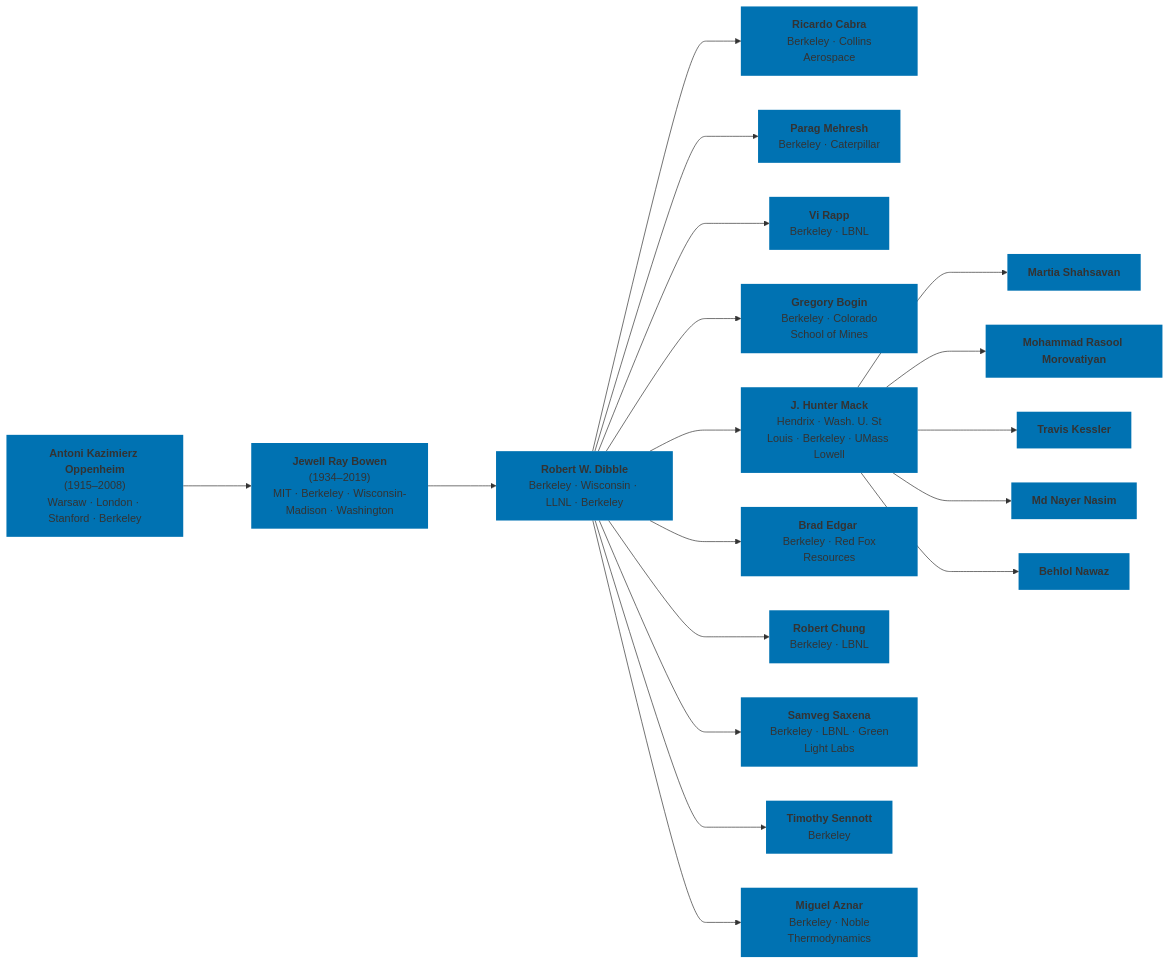
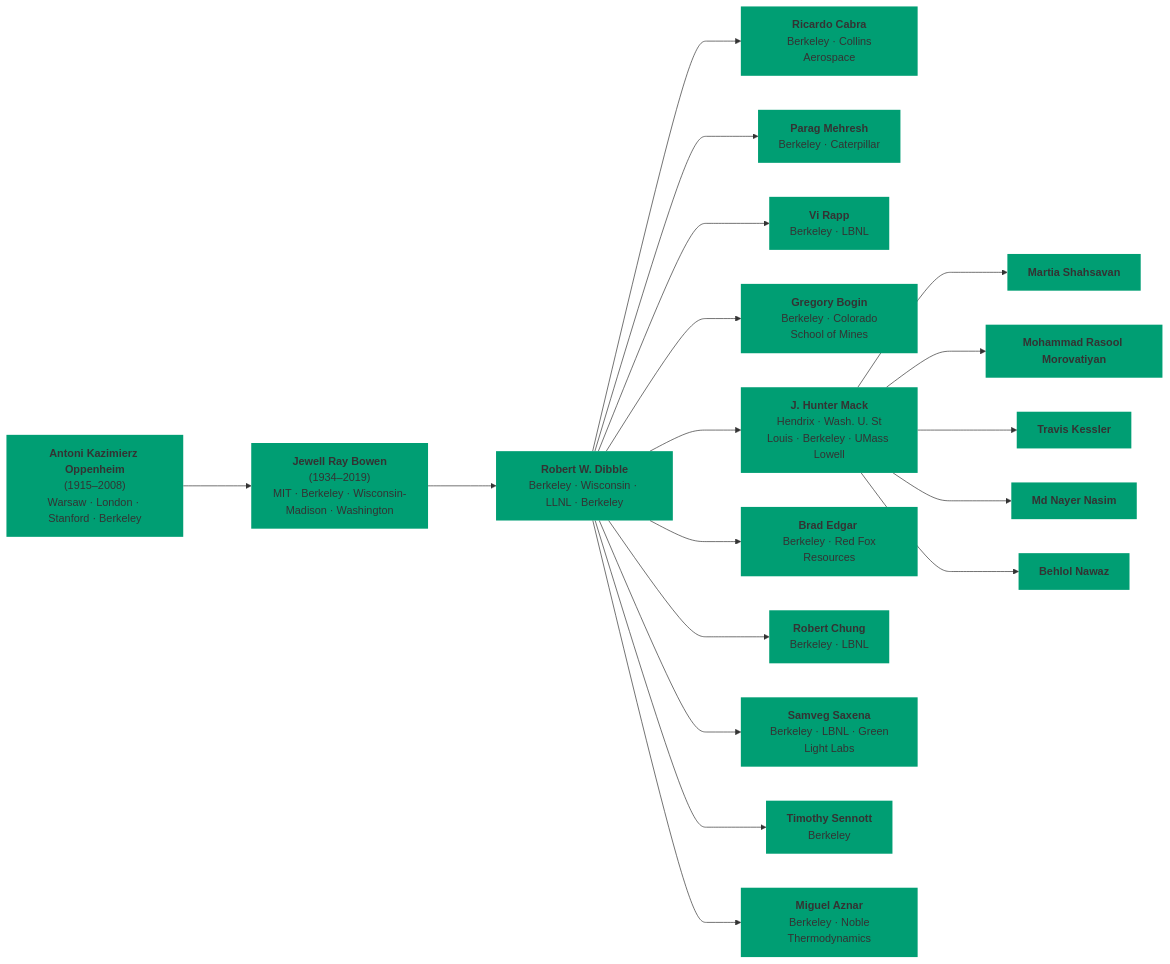
One commit to bnawaz95/ECRL-acad-tree changed the diagram in acad_tree.md. Above: the diagram before and after it, drawn with Mermaid.

````diff
--- a/acad_tree.md
+++ b/acad_tree.md
@@ -1,48 +1,48 @@
 ```mermaid
 graph LR
     A["<b>Antoni Kazimierz Oppenheim</b><br/>(1915–2008)<br/>Warsaw · London · Stanford · Berkeley"]
 
     B["<b>Jewell Ray Bowen</b><br/>(1934–2019)<br/>MIT · Berkeley · Wisconsin-Madison · Washington"]
 
     C["<b>Robert W. Dibble</b><br/>Berkeley · Wisconsin · LLNL · Berkeley"]
 
     D1["<b>Ricardo Cabra</b><br/> Berkeley · Collins Aerospace"]
     D2["<b>Parag Mehresh</b><br/> Berkeley · Caterpillar"]
     D3["<b>Vi Rapp</b><br/> Berkeley · LBNL"]
     D4["<b>Gregory Bogin</b><br/> Berkeley · Colorado School of Mines"]
     D0["<b>J. Hunter Mack</b><br/> Hendrix · Wash. U. St Louis · Berkeley · UMass Lowell"]
     D5["<b>Brad Edgar </b><br/> Berkeley · Red Fox Resources"]
     D6["<b>Robert Chung</b><br/> Berkeley · LBNL"]
     D7["<b>Samveg Saxena</b><br/> Berkeley · LBNL · Green Light Labs"]
     D8["<b>Timothy Sennott</b><br/> Berkeley"]
     D9["<b>Miguel Aznar</b><br/> Berkeley · Noble Thermodynamics"]
 
     E["<b>Martia Shahsavan</b>"]
     F["<b>Mohammad Rasool Morovatiyan</b>"]
     G["<b>Travis Kessler</b>"]
     H["<b>Md Nayer Nasim</b>"]
     I["<b>Behlol Nawaz</b>"]
 
     A ---> B
     B ---> C
 
     C ---> D0
     C ---> D1
     C ---> D2
     C ---> D3
     C ---> D4
     C ---> D5
     C ---> D6
     C ---> D7
     C ---> D8
     C ---> D9
 
     D0 ---> E
     D0 ---> F
     D0 ---> G
     D0 ---> H
     D0 ---> I
 
-classDef noBorder stroke:none,stroke-width:0px,fill:#0072B2;
+classDef noBorder stroke:none,stroke-width:0px,fill:#009E73;
 class A,B,C,D0,D1,D2,D3,D4,D5,D6,D6,D7,D8,D9,E,F,G,H,I, noBorder
 ```
````
